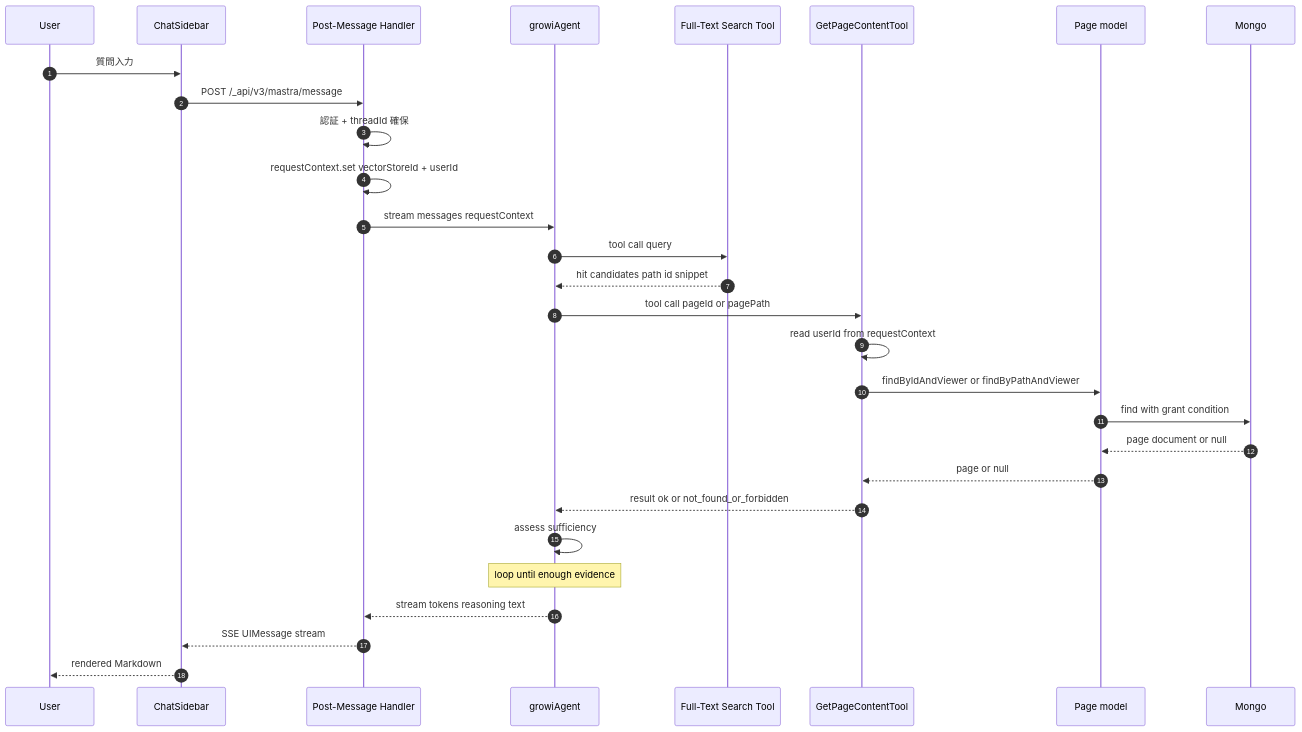
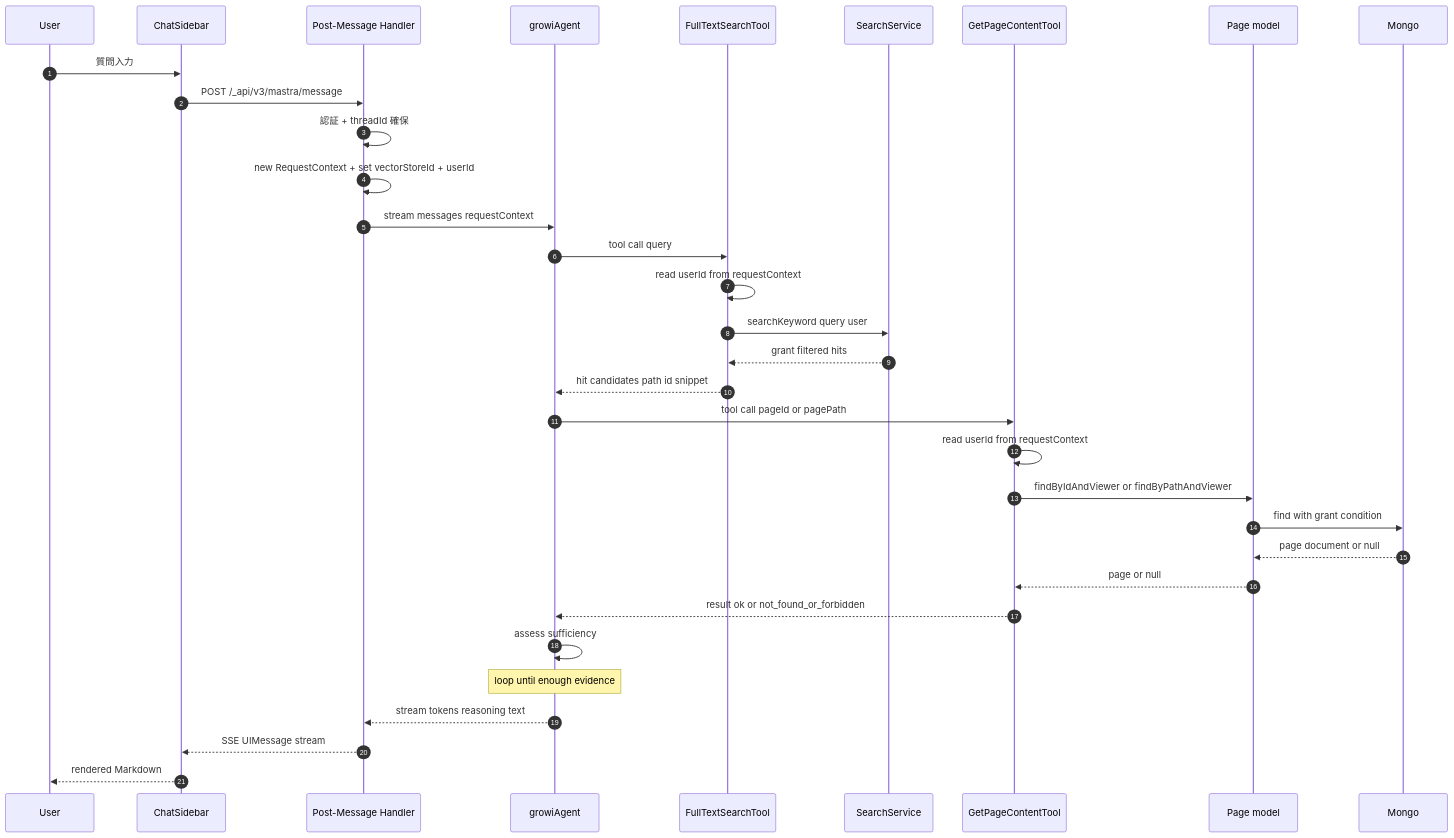
Before and after one commit to growilabs/growi: the second of 3 diagrams in .kiro/specs/agentic-search/design.md, drawn with Mermaid. The commit also changed other lines of this file and 3 other files, not shown here.

````diff
--- a/.kiro/specs/agentic-search/design.md
+++ b/.kiro/specs/agentic-search/design.md
@@ -199,32 +191,36 @@
 ```mermaid
 sequenceDiagram
     autonumber
     participant User
     participant ChatSidebar
     participant PostMessage as Post-Message Handler
     participant Agent as growiAgent
-    participant FullText as Full-Text Search Tool
+    participant FullText as FullTextSearchTool
+    participant SearchSvc as SearchService
     participant GetPage as GetPageContentTool
     participant Page as Page model
     participant Mongo
 
     User->>ChatSidebar: 質問入力
     ChatSidebar->>PostMessage: POST /_api/v3/mastra/message
     PostMessage->>PostMessage: 認証 + threadId 確保
-    PostMessage->>PostMessage: requestContext.set vectorStoreId + userId
+    PostMessage->>PostMessage: new RequestContext + set vectorStoreId + userId
     PostMessage->>Agent: stream messages requestContext
     Agent->>FullText: tool call query
+    FullText->>FullText: read userId from requestContext
+    FullText->>SearchSvc: searchKeyword query user
+    SearchSvc-->>FullText: grant filtered hits
     FullText-->>Agent: hit candidates path id snippet
     Agent->>GetPage: tool call pageId or pagePath
     GetPage->>GetPage: read userId from requestContext
     GetPage->>Page: findByIdAndViewer or findByPathAndViewer
     Page->>Mongo: find with grant condition
     Mongo-->>Page: page document or null
     Page-->>GetPage: page or null
     GetPage-->>Agent: result ok or not_found_or_forbidden
     Agent->>Agent: assess sufficiency
     Note over Agent: loop until enough evidence
     Agent-->>PostMessage: stream tokens reasoning text
     PostMessage-->>ChatSidebar: SSE UIMessage stream
     ChatSidebar-->>User: rendered Markdown
 ```
````
